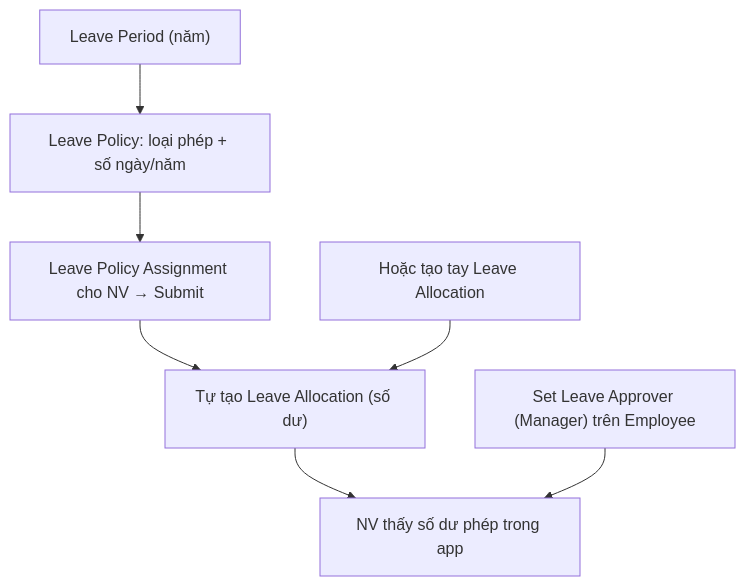
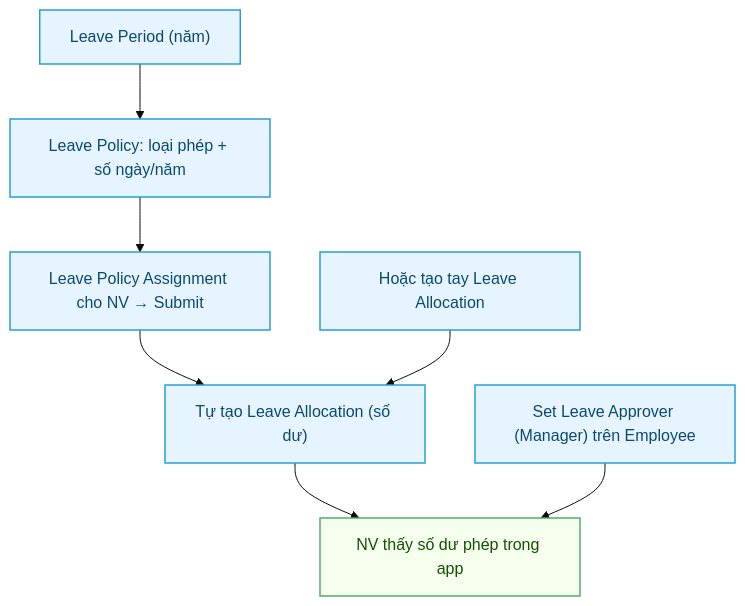
The first of 2 diagrams in users/HR-Leave-Setup.md (CobeGroup/cobe_erp_documents), drawn with Mermaid before and after one commit. The commit also changed other lines of this file and 5 other files, not shown here.

First line of the commit message:
docs: flowchart tô màu theo loại ô (process/decision/kết quả) + tăng cỡ chữ doc

````diff
--- a/users/HR-Leave-Setup.md
+++ b/users/HR-Leave-Setup.md
@@ -28,9 +28,16 @@
 ```mermaid
+%%{init: {'theme':'base','themeVariables':{'fontSize':'16px'},'flowchart':{'nodeSpacing':50,'rankSpacing':55}}}%%
 flowchart TD
+  classDef process fill:#e6f4ff,stroke:#299dd8,stroke-width:1.5px,color:#0b4a6f;
+  classDef good fill:#f6ffed,stroke:#54ab78,stroke-width:1.5px,color:#135200;
+
   A["Leave Period (năm)"] --> B["Leave Policy: loại phép + số ngày/năm"]
   B --> C["Leave Policy Assignment cho NV → Submit"]
   C --> D["Tự tạo Leave Allocation (số dư)"]
   C2["Hoặc tạo tay Leave Allocation"] --> D
   D --> E["NV thấy số dư phép trong app"]
   F["Set Leave Approver (Manager) trên Employee"] --> E
+
+  class A,B,C,C2,D,F process
+  class E good
 ```
````
